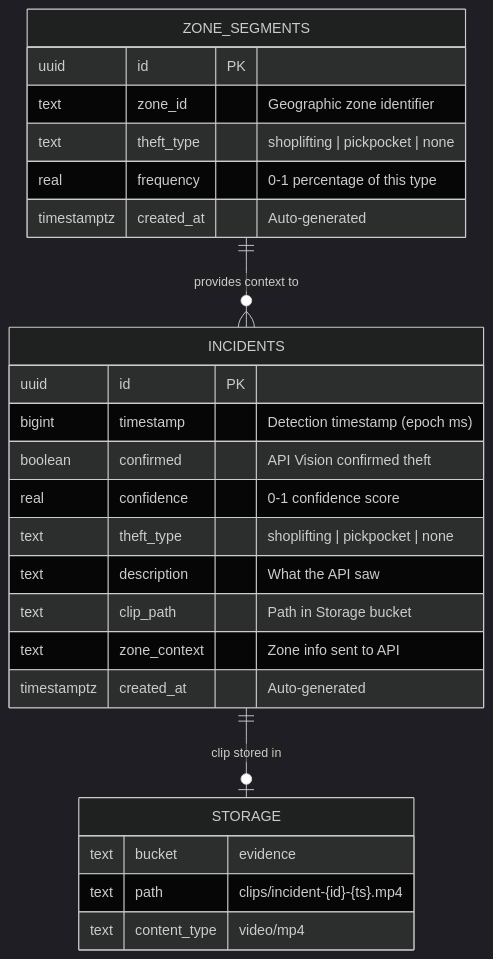
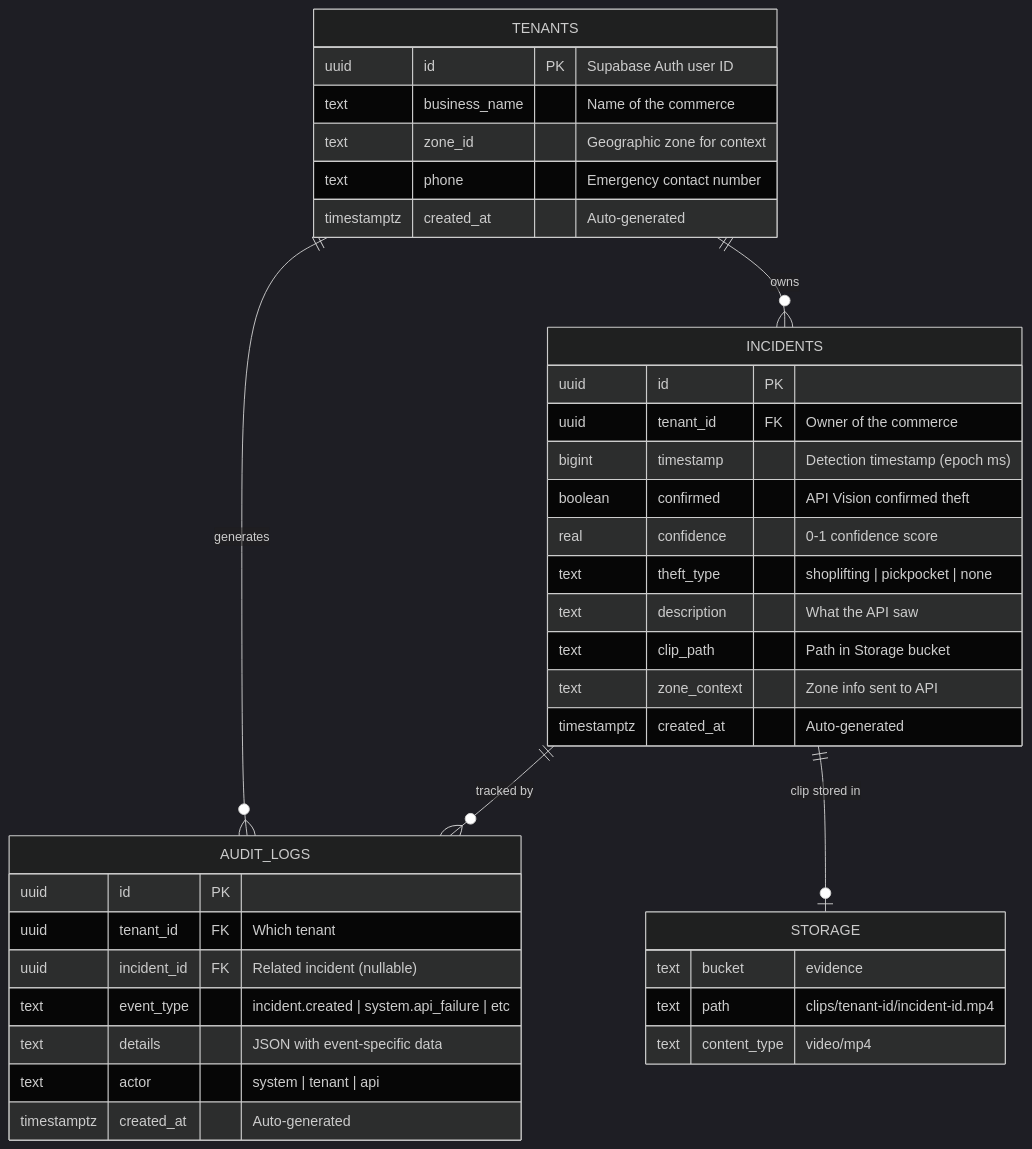
The first of 4 diagrams in docs/database-erd.md (valencorrea/zeif), drawn with Mermaid (dark theme) before and after one commit. The commit also changed other lines of this file, not shown here.

Commit message:
docs: update ER diagram with tenants, audit_logs, and multi-tenant RLS

````diff
--- a/docs/database-erd.md
+++ b/docs/database-erd.md
@@ -5,31 +5,44 @@
 ```mermaid
 erDiagram
+    TENANTS ||--o{ INCIDENTS : "owns"
+    TENANTS ||--o{ AUDIT_LOGS : "generates"
+    INCIDENTS ||--o{ AUDIT_LOGS : "tracked by"
     INCIDENTS ||--o| STORAGE : "clip stored in"
-    ZONE_SEGMENTS ||--o{ INCIDENTS : "provides context to"
+
+    TENANTS {
+        uuid id PK "Supabase Auth user ID"
+        text business_name "Name of the commerce"
+        text zone_id "Geographic zone for context"
+        text phone "Emergency contact number"
+        timestamptz created_at "Auto-generated"
+    }
 
     INCIDENTS {
         uuid id PK
+        uuid tenant_id FK "Owner of the commerce"
         bigint timestamp "Detection timestamp (epoch ms)"
         boolean confirmed "API Vision confirmed theft"
         real confidence "0-1 confidence score"
         text theft_type "shoplifting | pickpocket | none"
         text description "What the API saw"
         text clip_path "Path in Storage bucket"
         text zone_context "Zone info sent to API"
         timestamptz created_at "Auto-generated"
     }
 
-    ZONE_SEGMENTS {
+    AUDIT_LOGS {
         uuid id PK
-        text zone_id "Geographic zone identifier"
-        text theft_type "shoplifting | pickpocket | none"
-        real frequency "0-1 percentage of this type"
+        uuid tenant_id FK "Which tenant"
+        uuid incident_id FK "Related incident (nullable)"
+        text event_type "incident.created | system.api_failure | etc"
+        text details "JSON with event-specific data"
+        text actor "system | tenant | api"
         timestamptz created_at "Auto-generated"
     }
 
     STORAGE {
         text bucket "evidence"
-        text path "clips/incident-{id}-{ts}.mp4"
+        text path "clips/tenant-id/incident-id.mp4"
         text content_type "video/mp4"
     }
 ```
````
